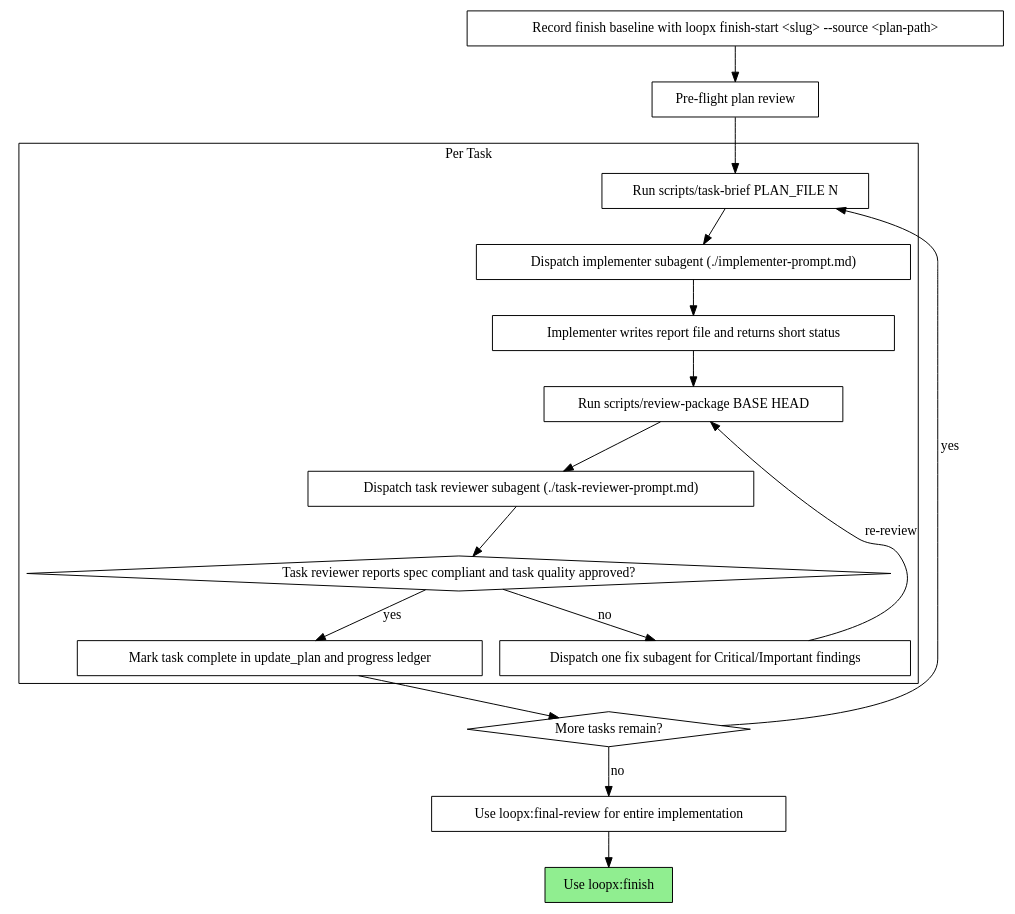
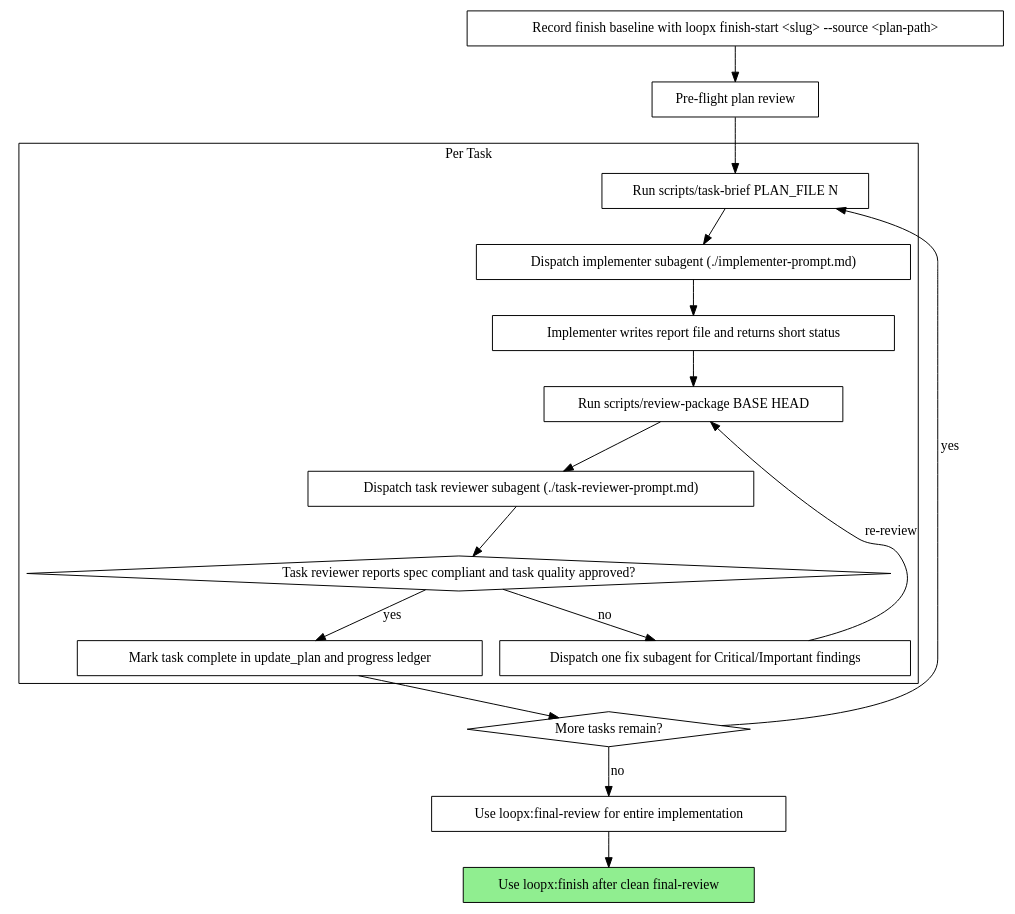
One commit to hugh-zhan9/loopx changed the diagram in skills/subagent-exec/SKILL.md. Above: the diagram before and after it, drawn with Graphviz. The commit also changed other lines of this file and 6 other files, not shown here.

Commit message:
fix: avoid finish final-channel wording

````diff
--- a/skills/subagent-exec/SKILL.md
+++ b/skills/subagent-exec/SKILL.md
@@ -35,38 +35,38 @@
 ```dot
 digraph process {
     rankdir=TB;
 
     subgraph cluster_per_task {
         label="Per Task";
         "Run scripts/task-brief PLAN_FILE N" [shape=box];
         "Dispatch implementer subagent (./implementer-prompt.md)" [shape=box];
         "Implementer writes report file and returns short status" [shape=box];
         "Run scripts/review-package BASE HEAD" [shape=box];
         "Dispatch task reviewer subagent (./task-reviewer-prompt.md)" [shape=box];
         "Task reviewer reports spec compliant and task quality approved?" [shape=diamond];
         "Dispatch one fix subagent for Critical/Important findings" [shape=box];
         "Mark task complete in update_plan and progress ledger" [shape=box];
     }
 
     "Record finish baseline with loopx finish-start <slug> --source <plan-path>" [shape=box];
     "Pre-flight plan review" [shape=box];
     "More tasks remain?" [shape=diamond];
     "Use loopx:final-review for entire implementation" [shape=box];
-    "Use loopx:finish" [shape=box style=filled fillcolor=lightgreen];
+    "Use loopx:finish after clean final-review" [shape=box style=filled fillcolor=lightgreen];
 
     "Record finish baseline with loopx finish-start <slug> --source <plan-path>" -> "Pre-flight plan review";
     "Pre-flight plan review" -> "Run scripts/task-brief PLAN_FILE N";
     "Run scripts/task-brief PLAN_FILE N" -> "Dispatch implementer subagent (./implementer-prompt.md)";
     "Dispatch implementer subagent (./implementer-prompt.md)" -> "Implementer writes report file and returns short status";
     "Implementer writes report file and returns short status" -> "Run scripts/review-package BASE HEAD";
     "Run scripts/review-package BASE HEAD" -> "Dispatch task reviewer subagent (./task-reviewer-prompt.md)";
     "Dispatch task reviewer subagent (./task-reviewer-prompt.md)" -> "Task reviewer reports spec compliant and task quality approved?";
     "Task reviewer reports spec compliant and task quality approved?" -> "Dispatch one fix subagent for Critical/Important findings" [label="no"];
     "Dispatch one fix subagent for Critical/Important findings" -> "Run scripts/review-package BASE HEAD" [label="re-review"];
     "Task reviewer reports spec compliant and task quality approved?" -> "Mark task complete in update_plan and progress ledger" [label="yes"];
     "Mark task complete in update_plan and progress ledger" -> "More tasks remain?";
     "More tasks remain?" -> "Run scripts/task-brief PLAN_FILE N" [label="yes"];
     "More tasks remain?" -> "Use loopx:final-review for entire implementation" [label="no"];
-    "Use loopx:final-review for entire implementation" -> "Use loopx:finish";
+    "Use loopx:final-review for entire implementation" -> "Use loopx:finish after clean final-review";
 }
 ```
````
